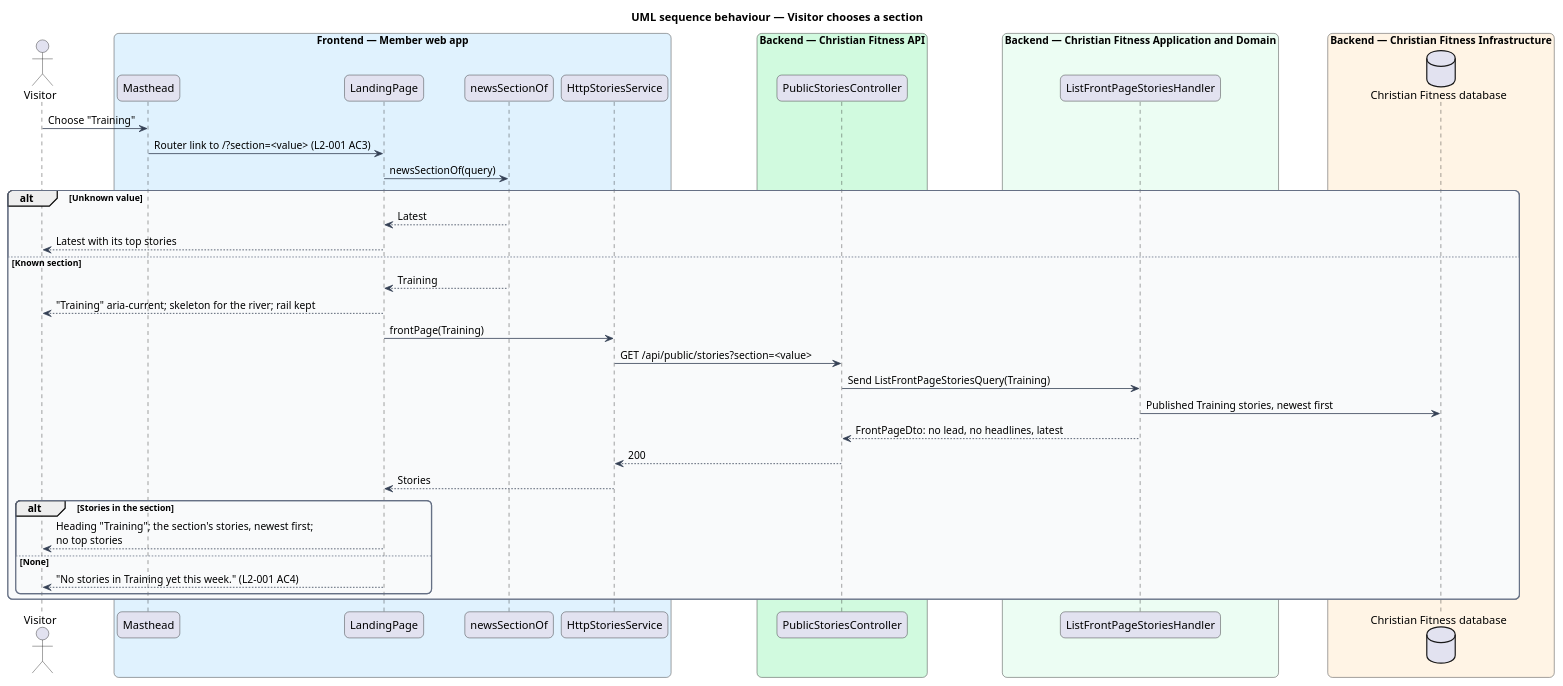
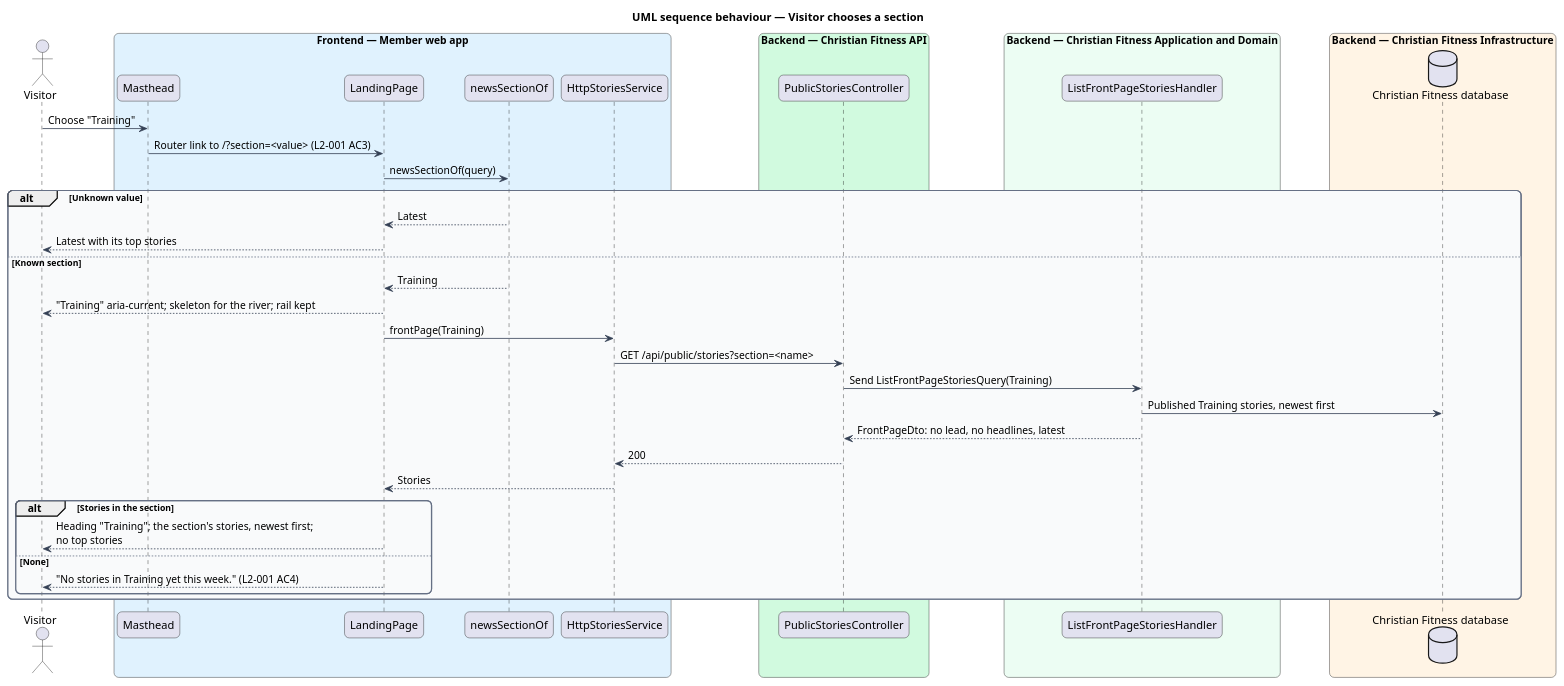
The diagram in docs/detailed-designs/member-access/view-landing-page/diagrams/sequence-choose-section.puml (QuinntyneBrown/christian-fitness), drawn with PlantUML before and after one commit. The commit also changed 14 other files, not shown here.

```diff
--- a/docs/detailed-designs/member-access/view-landing-page/diagrams/sequence-choose-section.puml
+++ b/docs/detailed-designs/member-access/view-landing-page/diagrams/sequence-choose-section.puml
@@ -1,55 +1,55 @@
 @startuml
 title UML sequence behaviour — Visitor chooses a section
 skinparam backgroundColor #FFFFFF
 skinparam shadowing false
 skinparam roundcorner 12
 skinparam defaultFontName Arial
 skinparam ArrowColor #344054
 skinparam rectangle {
   BorderColor #344054
   FontColor #101828
 }
 skinparam package {
   BorderColor #667085
   FontColor #101828
   BackgroundColor #F9FAFB
 }
 actor "Visitor" as actor
 box "Frontend — Member web app" #E0F2FE
   participant "Masthead" as mast
   participant "LandingPage" as page
   participant "newsSectionOf" as dom
   participant "HttpStoriesService" as stories
 end box
 box "Backend — Christian Fitness API" #D1FADF
   participant "PublicStoriesController" as sctrl
 end box
 box "Backend — Christian Fitness Application and Domain" #ECFDF3
   participant "ListFrontPageStoriesHandler" as front
 end box
 box "Backend — Christian Fitness Infrastructure" #FFF4E5
   database "Christian Fitness database" as db
 end box
 actor -> mast : Choose "Training"
 mast -> page : Router link to /?section=<value> (L2-001 AC3)
 page -> dom : newsSectionOf(query)
 alt Unknown value
   dom --> page : Latest
   page --> actor : Latest with its top stories
 else Known section
   dom --> page : Training
   page --> actor : "Training" aria-current; skeleton for the river; rail kept
   page -> stories : frontPage(Training)
-  stories -> sctrl : GET /api/public/stories?section=<value>
+  stories -> sctrl : GET /api/public/stories?section=<name>
   sctrl -> front : Send ListFrontPageStoriesQuery(Training)
   front -> db : Published Training stories, newest first
   front --> sctrl : FrontPageDto: no lead, no headlines, latest
   sctrl --> stories : 200
   stories --> page : Stories
   alt Stories in the section
     page --> actor : Heading "Training"; the section's stories, newest first;\nno top stories
   else None
     page --> actor : "No stories in Training yet this week." (L2-001 AC4)
   end
 end
 @enduml
```
